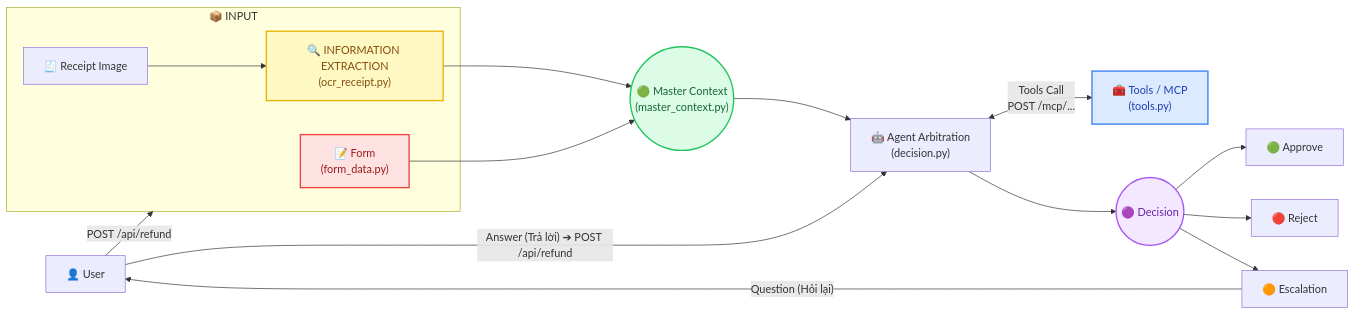
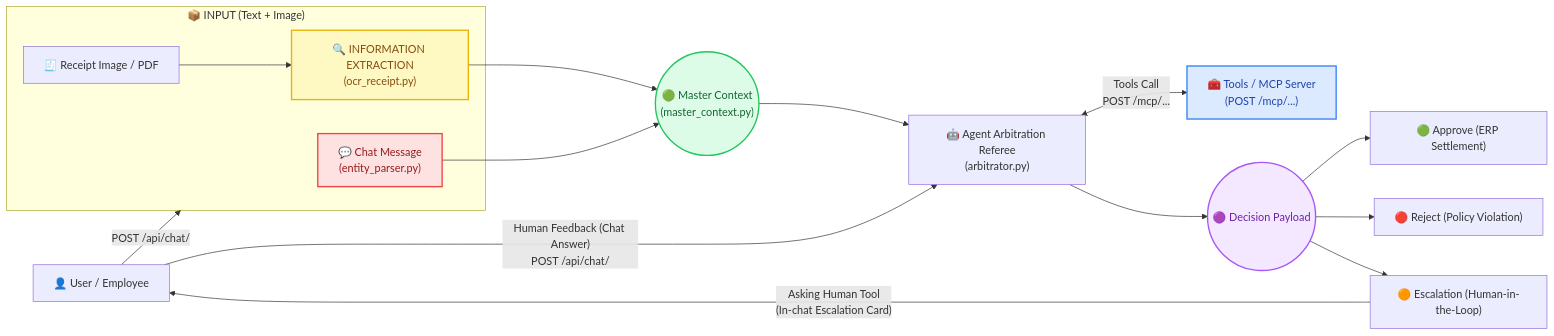
Before and after one commit to k19tvan/REFUNDER: the diagram in documentation/user_flow.md, drawn with Mermaid. The commit also changed other lines of this file and 38 other files, not shown here.

````diff
--- a/documentation/user_flow.md
+++ b/documentation/user_flow.md
@@ -9,44 +9,44 @@
 ```mermaid
 flowchart LR
-    User["👤 User"]
+    User["👤 User / Employee"]
     
-    subgraph INPUT ["📦 INPUT"]
-        Form["📝 Form\n(form_data.py)"]:::redNode
-        Receipt["🧾 Receipt Image"]
+    subgraph INPUT ["📦 INPUT (Text + Image)"]
+        ChatMsg["💬 Chat Message\n(entity_parser.py)"]:::redNode
+        Receipt["🧾 Receipt Image / PDF"]
         OCR["🔍 INFORMATION EXTRACTION\n(ocr_receipt.py)"]:::yellowNode
         Receipt --> OCR
     end
 
     Context(("🟢 Master Context\n(master_context.py)")):::greenNode
-    Agent["🤖 Agent Arbitration\n(decision.py)"]
-    Tools["🧰 Tools / MCP\n(tools.py)"]:::blueNode
+    Agent["🤖 Agent Arbitration Referee\n(arbitrator.py)"]
+    Tools["🧰 Tools / MCP Server\n(POST /mcp/...)"]:::blueNode
 
-    Decision(("🟣 Decision")):::purpleNode
+    Decision(("🟣 Decision Payload")):::purpleNode
     
-    Approve["🟢 Approve"]
-    Reject["🔴 Reject"]
-    Escalation["🟠 Escalation"]
+    Approve["🟢 Approve (ERP Settlement)"]
+    Reject["🔴 Reject (Policy Violation)"]
+    Escalation["🟠 Escalation (Human-in-the-Loop)"]
 
-    %% Luồng chính
-    User -->|"POST /api/refund"| INPUT
-    Form --> Context
+    %% Main Flow
+    User -->|"POST /api/chat/"| INPUT
+    ChatMsg --> Context
     OCR --> Context
     Context --> Agent
     
     Agent <-->|"Tools Call\nPOST /mcp/..."| Tools
     Agent --> Decision
     
     Decision --> Approve
     Decision --> Reject
     Decision --> Escalation
 
-    %% Vòng lặp Human in the loop
-    Escalation -->|"Question (Hỏi lại)"| User
-    User -->|"Answer (Trả lời) ➔ POST /api/refund"| Agent
+    %% Human Feedback Loop
+    Escalation -->|"Asking Human Tool\n(In-chat Escalation Card)"| User
+    User -->|"Human Feedback (Chat Answer)\nPOST /api/chat/"| Agent
 
     classDef redNode fill:#fee2e2,stroke:#ef4444,stroke-width:2px,color:#991b1b;
     classDef yellowNode fill:#fef9c3,stroke:#eab308,stroke-width:2px,color:#854d0e;
     classDef greenNode fill:#dcfce7,stroke:#22c55e,stroke-width:2px,color:#166534;
     classDef purpleNode fill:#f3e8ff,stroke:#a855f7,stroke-width:2px,color:#6b21a8;
     classDef blueNode fill:#dbeafe,stroke:#3b82f6,stroke-width:2px,color:#1e40af;
 ```
````
